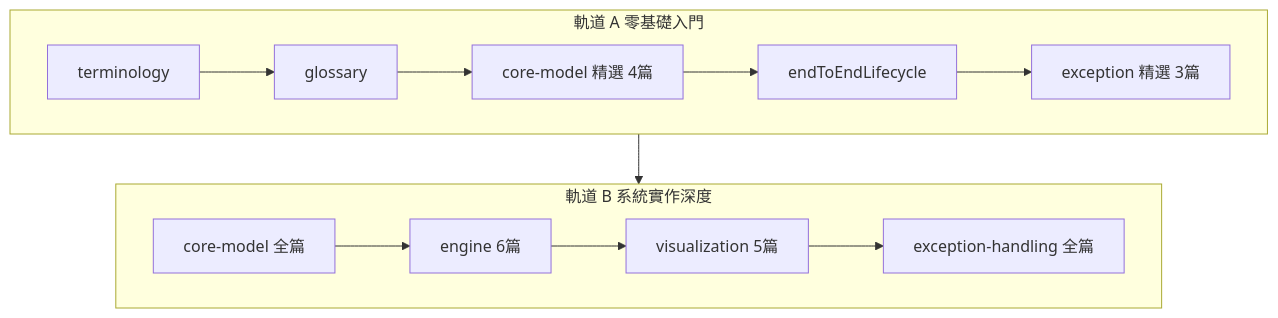
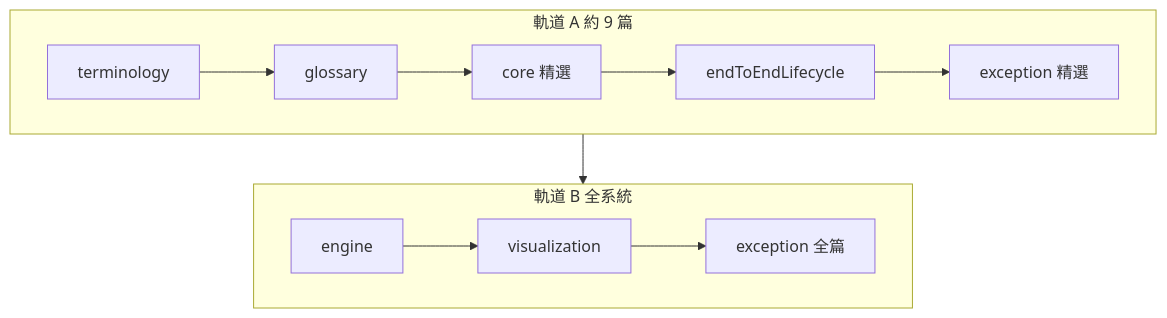
Before and after one commit to LonelyYeezhiChicken/chicken-personal: the diagram in docs/spc/index.md, drawn with Mermaid. The commit also changed other lines of this file and 25 other files, not shown here.

````diff
--- a/docs/spc/index.md
+++ b/docs/spc/index.md
@@ -21,16 +23,14 @@
 ```mermaid
 flowchart TD
-  subgraph trackA [軌道 A 零基礎入門]
+  subgraph trackA [軌道 A 約 9 篇]
     A1[terminology] --> A2[glossary]
-    A2 --> A3[core-model 精選 4篇]
+    A2 --> A3[core 精選]
     A3 --> A4[endToEndLifecycle]
-    A4 --> A5[exception 精選 3篇]
+    A4 --> A5[exception 精選]
   end
-  subgraph trackB [軌道 B 系統實作深度]
-    B1[core-model 全篇]
-    B1 --> B2[engine 6篇]
-    B2 --> B3[visualization 5篇]
-    B3 --> B4[exception-handling 全篇]
+  subgraph trackB [軌道 B 全系統]
+    B1[engine] --> B2[visualization]
+    B2 --> B3[exception 全篇]
   end
   trackA --> trackB
 ```
````
